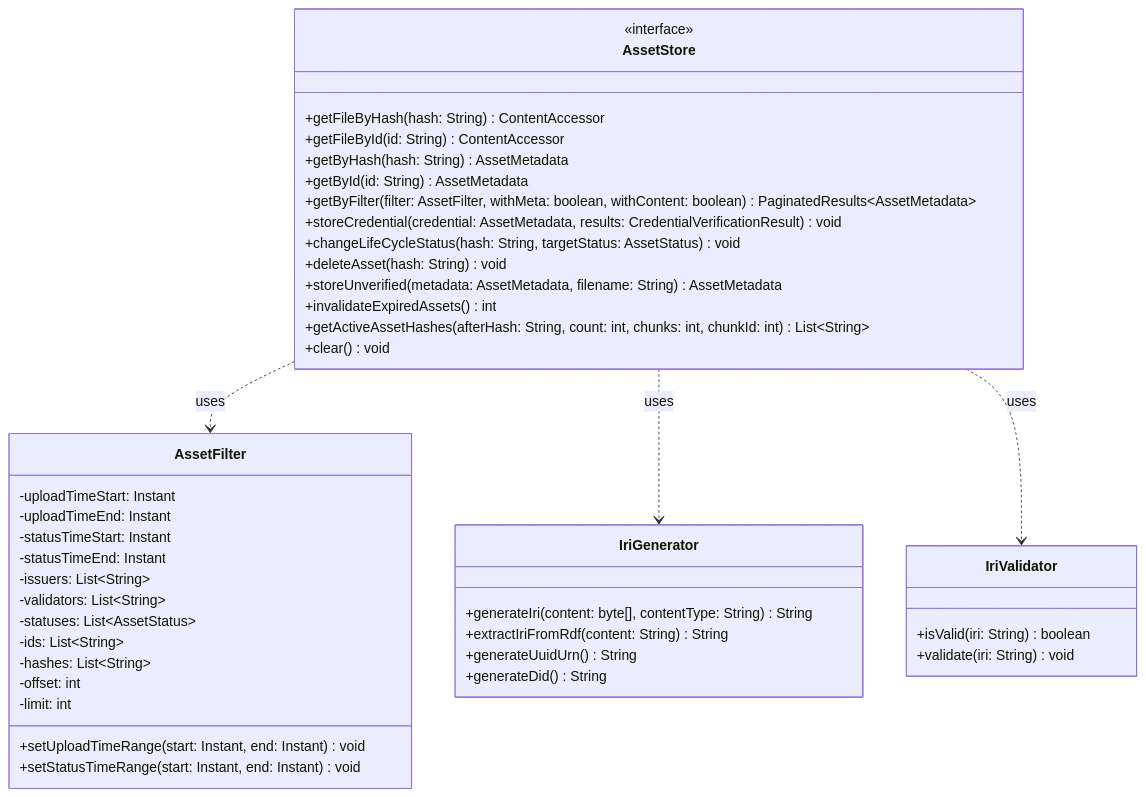
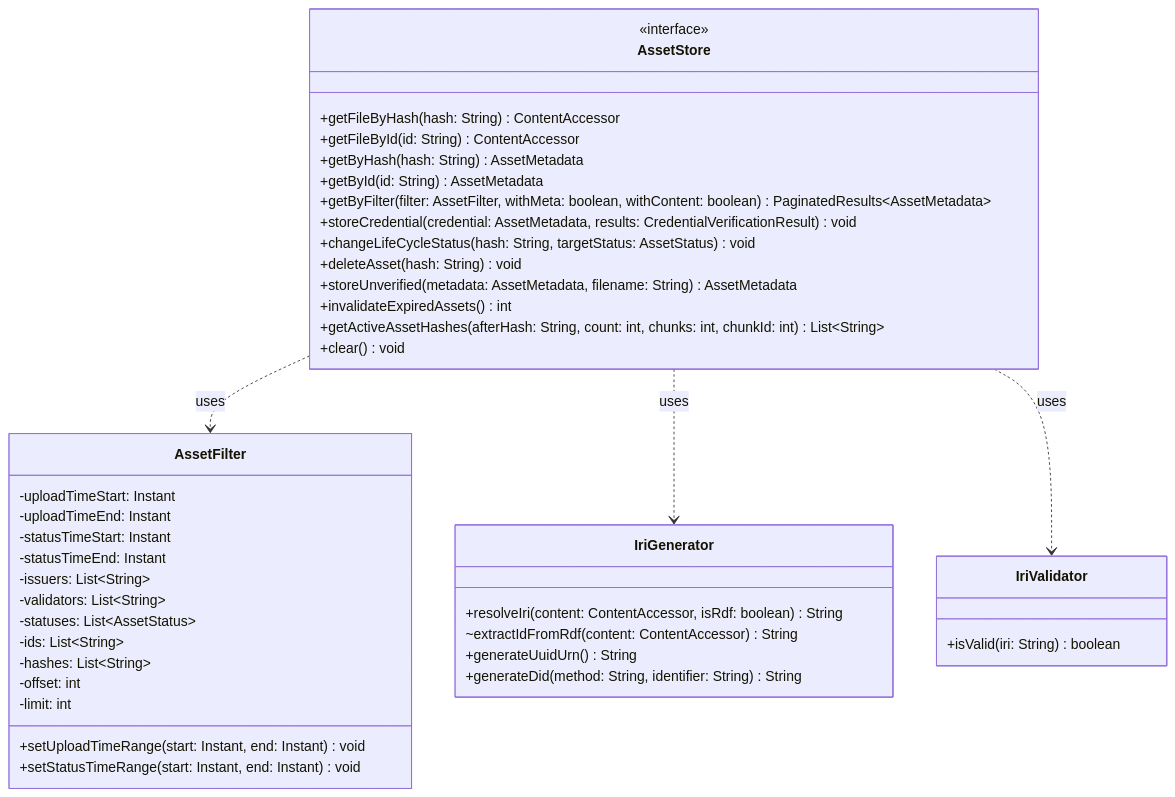
One commit to federated-catalogue-enhancements-2026/docs changed the fifth of 11 diagrams in federated-catalogue/src/docs/architecture/chapters/05_building_block_view.adoc. Above: the diagram before and after it, drawn with Mermaid. The commit also changed other lines of this file and 1 other file, not shown here.

Commit message:
[CAT-FR-AM-02] Refine IriGenerator and IriValidator interfaces
05_building_block_view:
- Update IriGenerator to use ContentAccessor and support parameterized
  DID generation
- Update IriValidator to use boolean-based validation, shifting error
  handling responsibility to callers

09_architecture_decisions:
- Align ADR 7 description with the shift from exception-based to
  boolean-based IRI validation

```diff
--- a/federated-catalogue/src/docs/architecture/chapters/05_building_block_view.adoc
+++ b/federated-catalogue/src/docs/architecture/chapters/05_building_block_view.adoc
@@ -510,51 +510,50 @@
 [mermaid]
 ....
 classDiagram
     class AssetStore {
         <<interface>>
         +getFileByHash(hash: String) ContentAccessor
         +getFileById(id: String) ContentAccessor
         +getByHash(hash: String) AssetMetadata
         +getById(id: String) AssetMetadata
         +getByFilter(filter: AssetFilter, withMeta: boolean, withContent: boolean) PaginatedResults~AssetMetadata~
         +storeCredential(credential: AssetMetadata, results: CredentialVerificationResult) void
         +changeLifeCycleStatus(hash: String, targetStatus: AssetStatus) void
         +deleteAsset(hash: String) void
         +storeUnverified(metadata: AssetMetadata, filename: String) AssetMetadata
         +invalidateExpiredAssets() int
         +getActiveAssetHashes(afterHash: String, count: int, chunks: int, chunkId: int) List~String~
         +clear() void
     }
 
     class IriGenerator {
-        +generateIri(content: byte[], contentType: String) String
-        +extractIriFromRdf(content: String) String
+        +resolveIri(content: ContentAccessor, isRdf: boolean) String
+        ~extractIdFromRdf(content: ContentAccessor) String
         +generateUuidUrn() String
-        +generateDid() String
+        +generateDid(method: String, identifier: String) String
     }
 
     class IriValidator {
         +isValid(iri: String) boolean
-        +validate(iri: String) void
     }
 
     class AssetFilter {
         -uploadTimeStart: Instant
         -uploadTimeEnd: Instant
         -statusTimeStart: Instant
         -statusTimeEnd: Instant
         -issuers: List~String~
         -validators: List~String~
         -statuses: List~AssetStatus~
         -ids: List~String~
         -hashes: List~String~
         -offset: int
         -limit: int
         +setUploadTimeRange(start: Instant, end: Instant) void
         +setStatusTimeRange(start: Instant, end: Instant) void
     }
 
     AssetStore ..> AssetFilter : uses
     AssetStore ..> IriGenerator : uses
     AssetStore ..> IriValidator : uses
 ....
```
